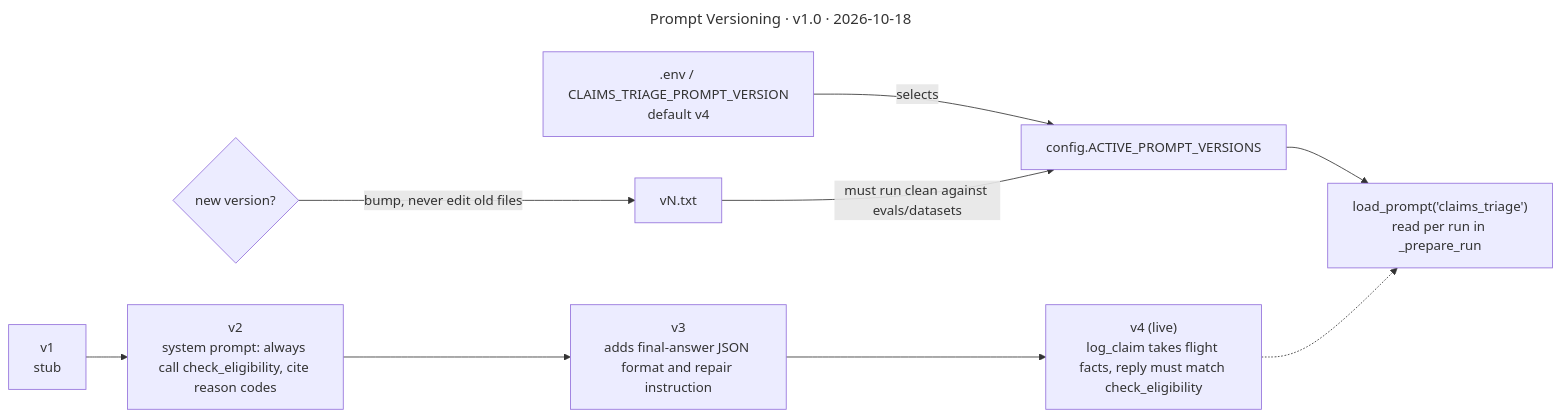
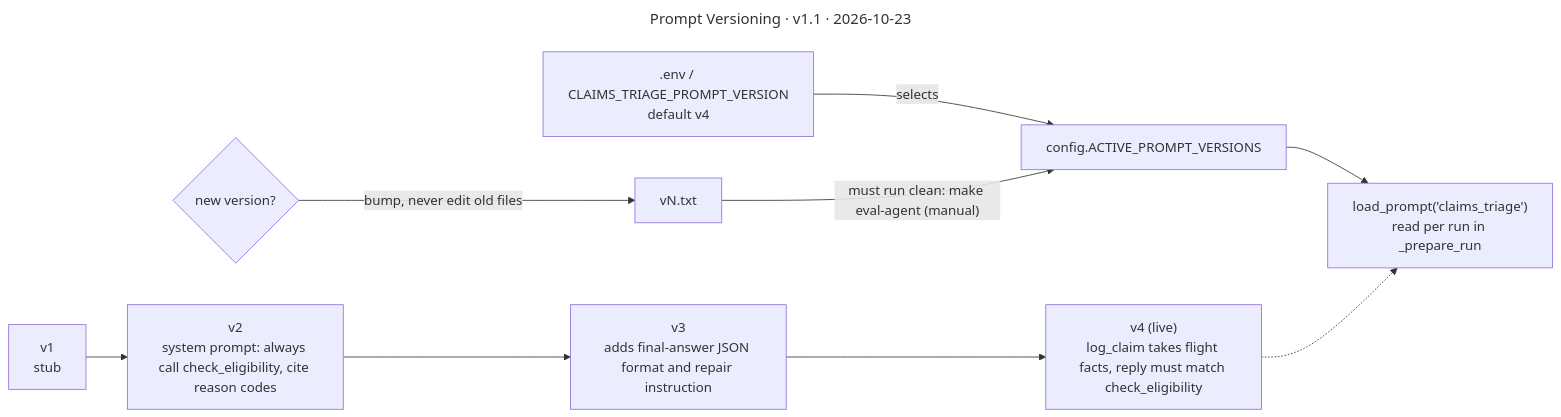
The diagram in docs/diagrams/prompt-versioning/README.md (haliam/ombuds), drawn with Mermaid before and after one commit. The commit also changed other lines of this file and 1 other file, not shown here.

Commit message:
W6-Update the prompt-versioning diagram to v1.1: the agent eval now exists

````diff
--- a/docs/diagrams/prompt-versioning/README.md
+++ b/docs/diagrams/prompt-versioning/README.md
@@ -7,12 +7,12 @@
 ```mermaid
 ---
-title: Prompt Versioning · v1.0 · 2026-10-18
+title: Prompt Versioning · v1.1 · 2026-10-23
 ---
 flowchart LR
     v1["v1<br/>stub"] --> v2["v2<br/>system prompt: always call check_eligibility, cite reason codes"] --> v3["v3<br/>adds final-answer JSON format and repair instruction"] --> v4["v4 (live)<br/>log_claim takes flight facts, reply must match check_eligibility"]
     env[".env / CLAIMS_TRIAGE_PROMPT_VERSION<br/>default v4"] -->|"selects"| cfg["config.ACTIVE_PROMPT_VERSIONS"]
     cfg --> load["load_prompt('claims_triage')<br/>read per run in _prepare_run"]
     v4 -.-> load
     gate{"new version?"} -->|"bump, never edit old files"| vn["vN.txt"]
-    vn -->|"must run clean against evals/datasets"| cfg
+    vn -->|"must run clean: make eval-agent (manual)"| cfg
 ```
````
